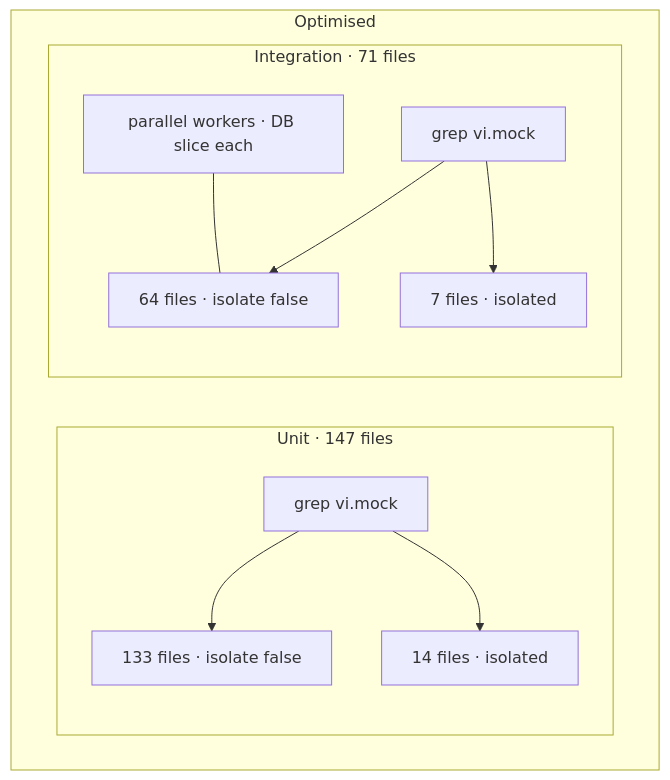
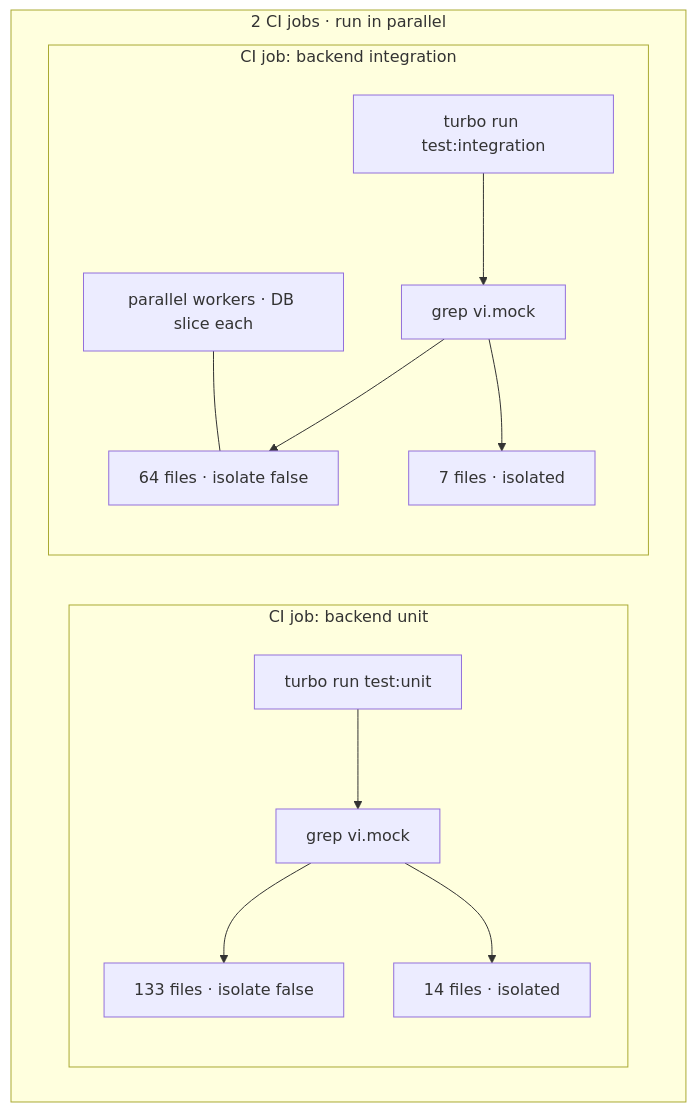
The second of 2 diagrams in docs/blog-speeding-up-vitest-tests.md (opengovsg/plumber), drawn with Mermaid before and after one commit. The commit also changed other lines of this file, not shown here.

First line of the commit message:
docs: show develop-v2 as 1 CI job vs 2 parallel turbo jobs after

````diff
--- a/docs/blog-speeding-up-vitest-tests.md
+++ b/docs/blog-speeding-up-vitest-tests.md
@@ -77,26 +71,28 @@
 ```mermaid
 flowchart TB
-  subgraph after ["Optimised"]
+  subgraph ci ["2 CI jobs · run in parallel"]
     direction LR
 
-    subgraph unit ["Unit · 147 files"]
+    subgraph job_unit ["CI job: backend unit"]
       direction TB
+      T1["turbo run test:unit"]
       GU["grep vi.mock"]
       U1["133 files · isolate false"]
       U2["14 files · isolated"]
-      GU --> U1
+      T1 --> GU --> U1
       GU --> U2
     end
 
-    subgraph int ["Integration · 71 files"]
+    subgraph job_int ["CI job: backend integration"]
       direction TB
+      T2["turbo run test:integration"]
       GI["grep vi.mock"]
       I1["64 files · isolate false"]
       I2["7 files · isolated"]
       W["parallel workers · DB slice each"]
-      GI --> I1
+      T2 --> GI --> I1
       GI --> I2
       W --- I1
     end
   end
 ```
````
